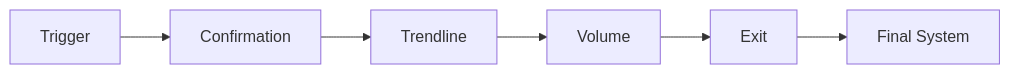
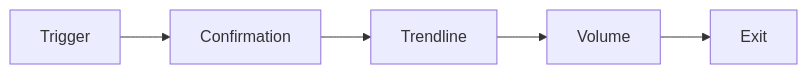
The second of 2 diagrams in README.md (xMattC/mt5-strategy-factory), drawn with Mermaid before and after one commit. The commit also changed other lines of this file, not shown here.

````diff
--- a/README.md
+++ b/README.md
@@ -156,16 +159,14 @@
 ```mermaid
 flowchart LR
 
 A["Trigger"]
 B["Confirmation"]
 C["Trendline"]
 D["Volume"]
 E["Exit"]
-F["Final System"]
 
 A --> B
 B --> C
 C --> D
 D --> E
-E --> F
 ```
````
